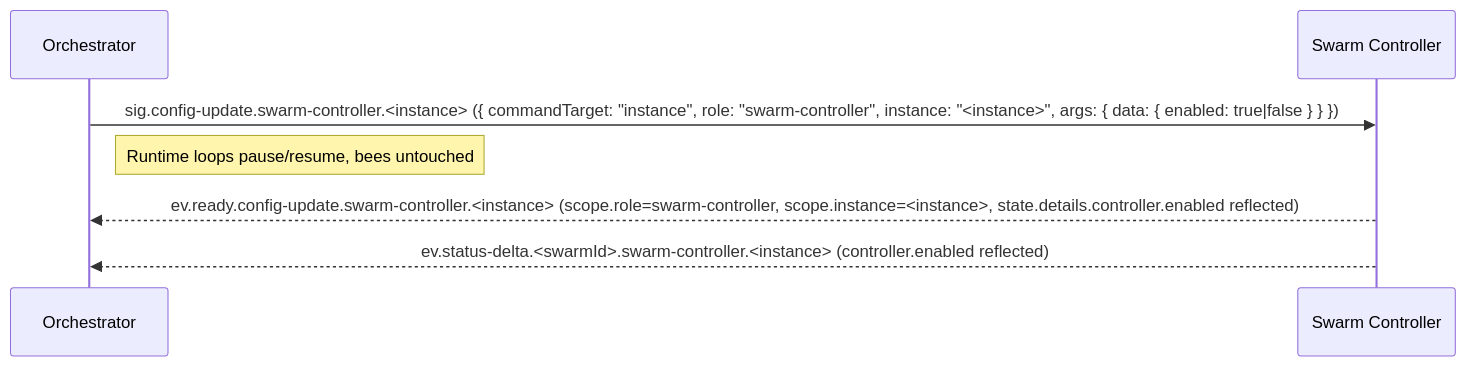
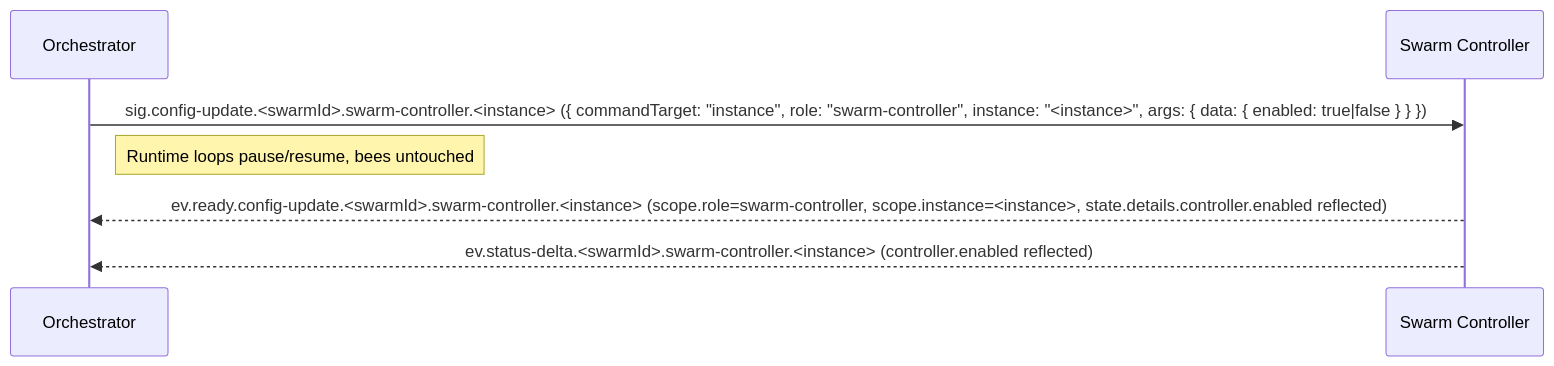
The fifth of 8 diagrams in docs/ARCHITECTURE.md (sepa79/PocketHive), drawn with Mermaid before and after one commit. The commit also changed other lines of this file and 29 other files, not shown here.

````diff
--- a/docs/ARCHITECTURE.md
+++ b/docs/ARCHITECTURE.md
@@ -214,10 +221,10 @@
 ```mermaid
 sequenceDiagram
   participant QN as Orchestrator
   participant MSH as Swarm Controller
 
-  QN->>MSH: sig.config-update.swarm-controller.<instance> ({ commandTarget: "instance", role: "swarm-controller", instance: "<instance>", args: { data: { enabled: true|false } } })
+  QN->>MSH: sig.config-update.<swarmId>.swarm-controller.<instance> ({ commandTarget: "instance", role: "swarm-controller", instance: "<instance>", args: { data: { enabled: true|false } } })
   note right of QN: Runtime loops pause/resume, bees untouched
-  MSH-->>QN: ev.ready.config-update.swarm-controller.<instance> (scope.role=swarm-controller, scope.instance=<instance>, state.details.controller.enabled reflected)
+  MSH-->>QN: ev.ready.config-update.<swarmId>.swarm-controller.<instance> (scope.role=swarm-controller, scope.instance=<instance>, state.details.controller.enabled reflected)
   MSH-->>QN: ev.status-delta.<swarmId>.swarm-controller.<instance> (controller.enabled reflected)
 ```
````
